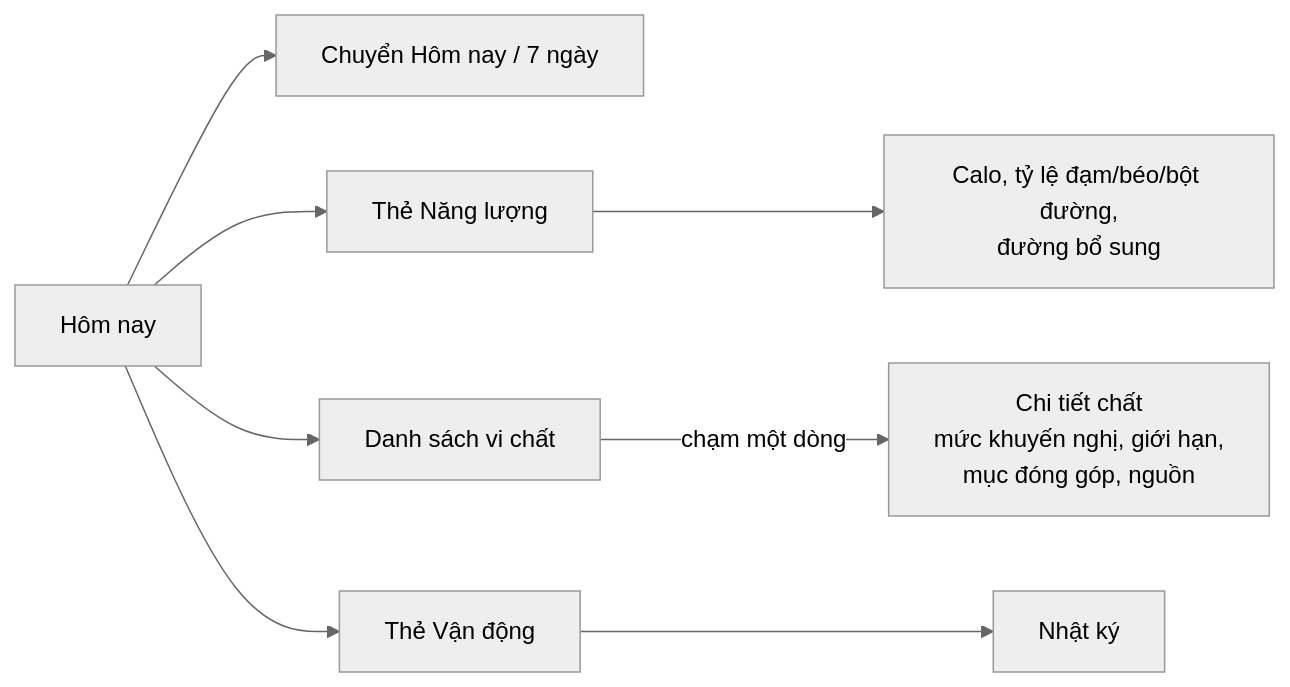
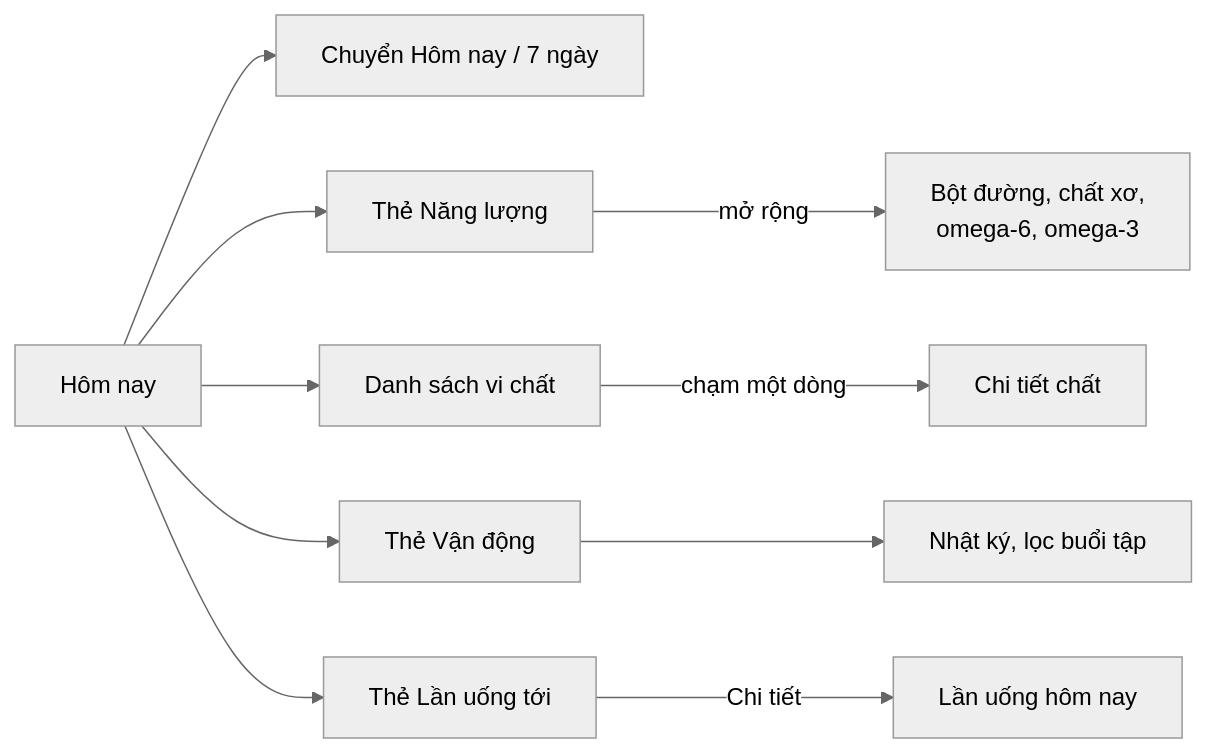
The fifth of 6 diagrams in docs/design/mvp-overview.md (anhdt9/wholewell-app), drawn with Mermaid (neutral theme) before and after one commit. The commit also changed other lines of this file and 2 other files, not shown here.

First line of the commit message:
Sửa thiết kế UX tổng thể cho khớp engine và nguồn

````diff
--- a/docs/design/mvp-overview.md
+++ b/docs/design/mvp-overview.md
@@ -125,7 +156,8 @@
 ```mermaid
 flowchart LR
   H[Hôm nay] --> SW[Chuyển Hôm nay / 7 ngày]
-  H --> E[Thẻ Năng lượng] --> E2[Calo, tỷ lệ đạm/béo/bột đường,<br/>đường bổ sung]
-  H --> V[Danh sách vi chất] -->|chạm một dòng| CC[Chi tiết chất<br/>mức khuyến nghị, giới hạn,<br/>mục đóng góp, nguồn]
-  H --> VD[Thẻ Vận động] --> N[Nhật ký]
+  H --> E[Thẻ Năng lượng] -->|mở rộng| E2[Bột đường, chất xơ,<br/>omega-6, omega-3]
+  H --> V[Danh sách vi chất] -->|chạm một dòng| CC[Chi tiết chất]
+  H --> VD[Thẻ Vận động] --> N[Nhật ký, lọc buổi tập]
+  H --> LU[Thẻ Lần uống tới] -->|Chi tiết| LU2[Lần uống hôm nay]
 ```
````
